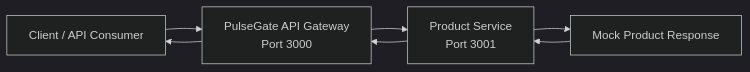
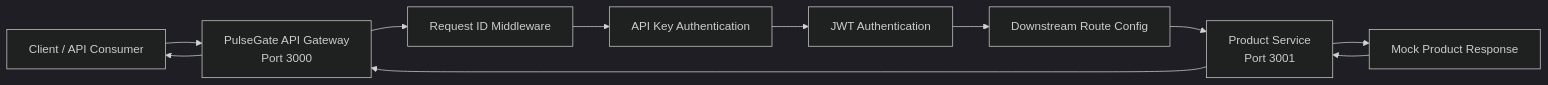
The diagram in README.md (VuNguyen26/pulsegate), drawn with Mermaid (dark theme) before and after one commit. The commit also changed other lines of this file and 4 other files, not shown here.

````diff
--- a/README.md
+++ b/README.md
@@ -95,9 +151,13 @@
 ```mermaid
 flowchart LR
     Client[Client / API Consumer] --> Gateway[PulseGate API Gateway<br/>Port 3000]
-    Gateway --> Product[Product Service<br/>Port 3001]
+    Gateway --> ReqId[Request ID Middleware]
+    ReqId --> ApiKey[API Key Authentication]
+    ApiKey --> Jwt[JWT Authentication]
+    Jwt --> RouteConfig[Downstream Route Config]
+    RouteConfig --> Product[Product Service<br/>Port 3001]
     Product --> Response[Mock Product Response]
     Response --> Product
     Product --> Gateway
     Gateway --> Client
 ```
````
